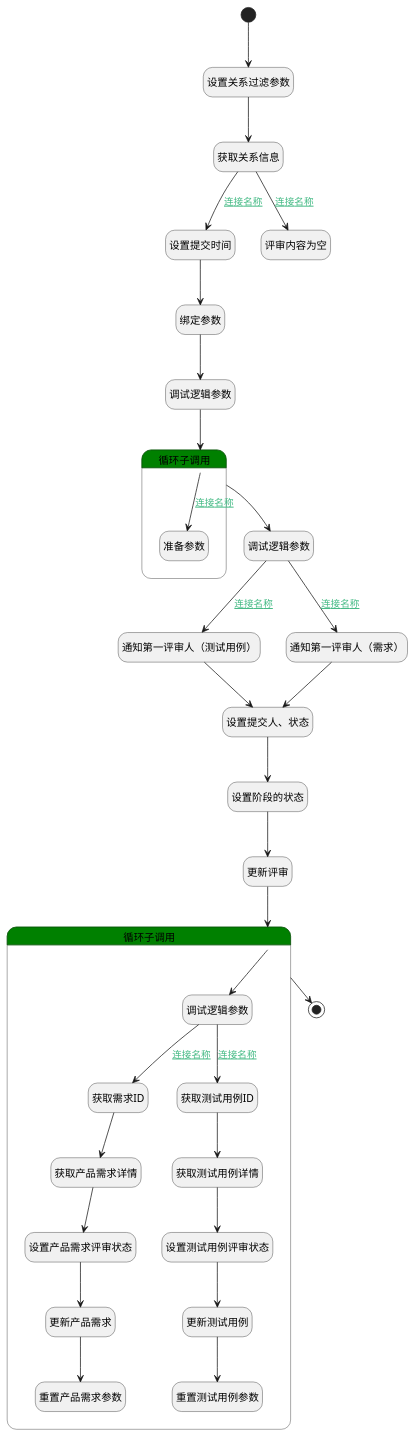
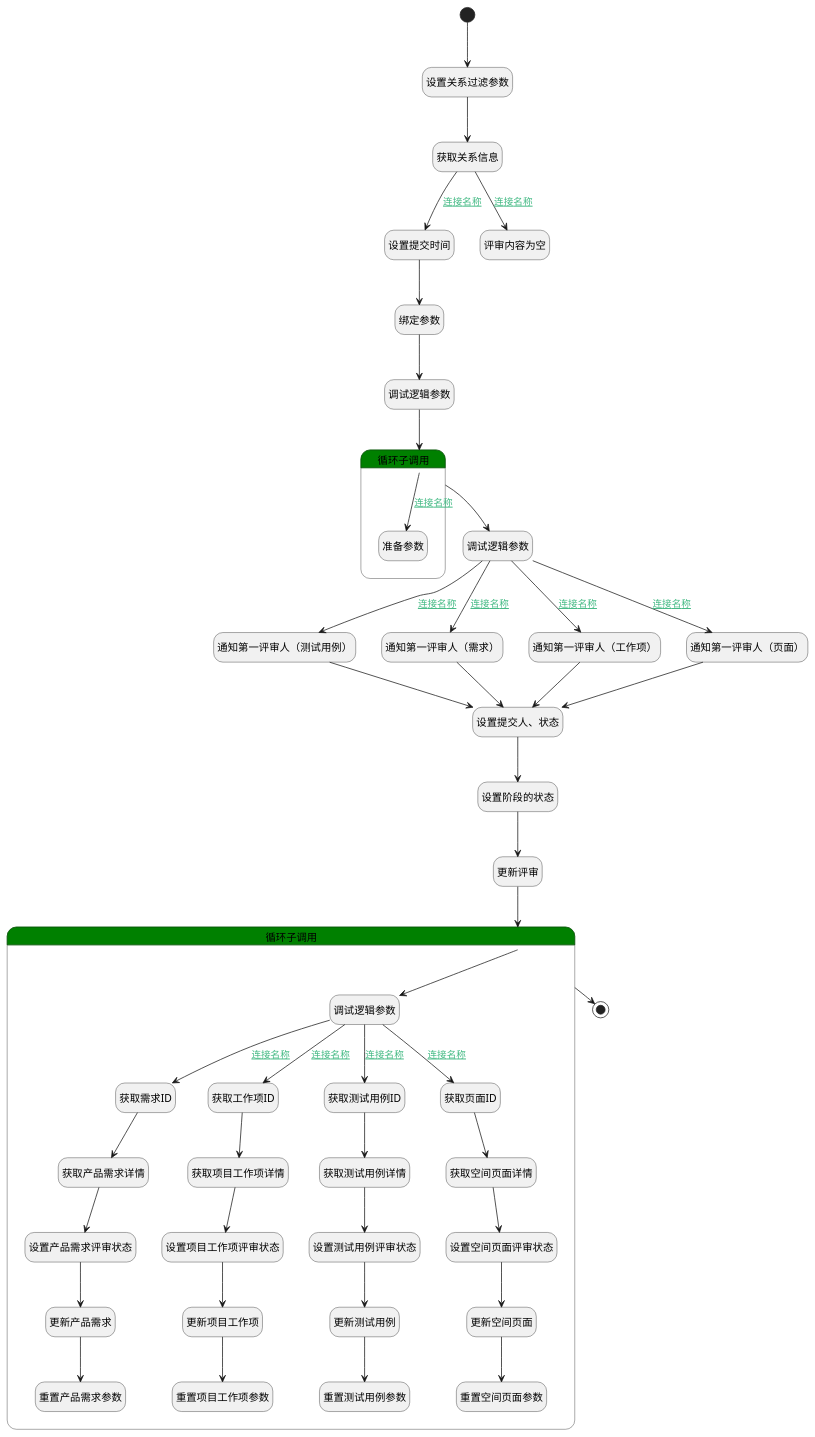
Before and after one commit to iBizLab/plm: the diagram in doc/docsify/module/TestMgmt/review/logic/submit_review.md, drawn with PlantUML. The commit also changed other lines of this file and 686 other files, not shown here.

```diff
--- a/doc/docsify/module/TestMgmt/review/logic/submit_review.md
+++ b/doc/docsify/module/TestMgmt/review/logic/submit_review.md
@@ -16,6 +16,7 @@
 hide empty description
 state "开始" as Begin <<start>> [[$./submit_review#begin {"开始"}]]
 state "通知第一评审人（测试用例）" as DENOTIFY2  [[$./submit_review#denotify2 {"通知第一评审人（测试用例）"}]]
+state "通知第一评审人（需求）" as DENOTIFY1  [[$./submit_review#denotify1 {"通知第一评审人（需求）"}]]
 state "绑定参数" as BINDPARAM1  [[$./submit_review#bindparam1 {"绑定参数"}]]
 state "更新评审" as DEACTION1  [[$./submit_review#deaction1 {"更新评审"}]]
 state "调试逻辑参数" as DEBUGPARAM2  [[$./submit_review#debugparam2 {"调试逻辑参数"}]]
@@ -23,10 +24,11 @@
 state "设置提交人、状态" as PREPAREPARAM1  [[$./submit_review#prepareparam1 {"设置提交人、状态"}]]
 state "设置阶段的状态" as PREPAREPARAM2  [[$./submit_review#prepareparam2 {"设置阶段的状态"}]]
 state "设置关系过滤参数" as PREPAREPARAM3  [[$./submit_review#prepareparam3 {"设置关系过滤参数"}]]
-state "通知第一评审人（需求）" as DENOTIFY1  [[$./submit_review#denotify1 {"通知第一评审人（需求）"}]]
+state "通知第一评审人（工作项）" as DENOTIFY3  [[$./submit_review#denotify3 {"通知第一评审人（工作项）"}]]
 state "结束" as END1 <<end>> [[$./submit_review#end1 {"结束"}]]
 state "获取关系信息" as DEDATASET1  [[$./submit_review#dedataset1 {"获取关系信息"}]]
 state "设置提交时间" as RAWSFCODE1  [[$./submit_review#rawsfcode1 {"设置提交时间"}]]
+state "通知第一评审人（页面）" as DENOTIFY4  [[$./submit_review#denotify4 {"通知第一评审人（页面）"}]]
 state "评审内容为空" as THROWEXCEPTION1  [[$./submit_review#throwexception1 {"评审内容为空"}]]
 state "循环子调用" as LOOPSUBCALL2  [[$./submit_review#loopsubcall2 {"循环子调用"}]] #green {
 state "准备参数" as PREPAREPARAM6  [[$./submit_review#prepareparam6 {"准备参数"}]]
@@ -38,11 +40,21 @@
 state "设置产品需求评审状态" as PREPAREPARAM8  [[$./submit_review#prepareparam8 {"设置产品需求评审状态"}]]
 state "更新产品需求" as DEACTION5  [[$./submit_review#deaction5 {"更新产品需求"}]]
 state "重置产品需求参数" as RESETPARAM2  [[$./submit_review#resetparam2 {"重置产品需求参数"}]]
+state "获取工作项ID" as PREPAREPARAM9  [[$./submit_review#prepareparam9 {"获取工作项ID"}]]
+state "获取项目工作项详情" as DEACTION6  [[$./submit_review#deaction6 {"获取项目工作项详情"}]]
+state "设置项目工作项评审状态" as PREPAREPARAM10  [[$./submit_review#prepareparam10 {"设置项目工作项评审状态"}]]
+state "更新项目工作项" as DEACTION7  [[$./submit_review#deaction7 {"更新项目工作项"}]]
+state "重置项目工作项参数" as RESETPARAM3  [[$./submit_review#resetparam3 {"重置项目工作项参数"}]]
 state "获取测试用例ID" as PREPAREPARAM4  [[$./submit_review#prepareparam4 {"获取测试用例ID"}]]
 state "获取测试用例详情" as DEACTION2  [[$./submit_review#deaction2 {"获取测试用例详情"}]]
 state "设置测试用例评审状态" as PREPAREPARAM5  [[$./submit_review#prepareparam5 {"设置测试用例评审状态"}]]
 state "更新测试用例" as DEACTION3  [[$./submit_review#deaction3 {"更新测试用例"}]]
 state "重置测试用例参数" as RESETPARAM1  [[$./submit_review#resetparam1 {"重置测试用例参数"}]]
+state "获取页面ID" as PREPAREPARAM12  [[$./submit_review#prepareparam12 {"获取页面ID"}]]
+state "获取空间页面详情" as DEACTION9  [[$./submit_review#deaction9 {"获取空间页面详情"}]]
+state "设置空间页面评审状态" as PREPAREPARAM11  [[$./submit_review#prepareparam11 {"设置空间页面评审状态"}]]
+state "更新空间页面" as DEACTION8  [[$./submit_review#deaction8 {"更新空间页面"}]]
+state "重置空间页面参数" as RESETPARAM4  [[$./submit_review#resetparam4 {"重置空间页面参数"}]]
 }
 
 
@@ -64,14 +76,28 @@
 DEACTION4 --> PREPAREPARAM8
 PREPAREPARAM8 --> DEACTION5
 DEACTION5 --> RESETPARAM2
+DEBUGPARAM4 --> PREPAREPARAM9 : [[$./submit_review#debugparam4-prepareparam9{连接名称} 连接名称]]
+PREPAREPARAM9 --> DEACTION6
+DEACTION6 --> PREPAREPARAM10
+PREPAREPARAM10 --> DEACTION7
+DEACTION7 --> RESETPARAM3
 DEBUGPARAM4 --> PREPAREPARAM4 : [[$./submit_review#debugparam4-prepareparam4{连接名称} 连接名称]]
 PREPAREPARAM4 --> DEACTION2
 DEACTION2 --> PREPAREPARAM5
 PREPAREPARAM5 --> DEACTION3
 DEACTION3 --> RESETPARAM1
+DEBUGPARAM4 --> PREPAREPARAM12 : [[$./submit_review#debugparam4-prepareparam12{连接名称} 连接名称]]
+PREPAREPARAM12 --> DEACTION9
+DEACTION9 --> PREPAREPARAM11
+PREPAREPARAM11 --> DEACTION8
+DEACTION8 --> RESETPARAM4
 LOOPSUBCALL1 --> END1
+DEBUGPARAM3 --> DENOTIFY3 : [[$./submit_review#debugparam3-denotify3{连接名称} 连接名称]]
+DENOTIFY3 --> PREPAREPARAM1
 DEBUGPARAM3 --> DENOTIFY1 : [[$./submit_review#debugparam3-denotify1{连接名称} 连接名称]]
 DENOTIFY1 --> PREPAREPARAM1
+DEBUGPARAM3 --> DENOTIFY4 : [[$./submit_review#debugparam3-denotify4{连接名称} 连接名称]]
+DENOTIFY4 --> PREPAREPARAM1
 LOOPSUBCALL2 --> PREPAREPARAM6 : [[$./submit_review#loopsubcall2-prepareparam6{连接名称} 连接名称]]
 DEDATASET1 --> THROWEXCEPTION1 : [[$./submit_review#dedataset1-throwexception1{连接名称} 连接名称]]
 
```
